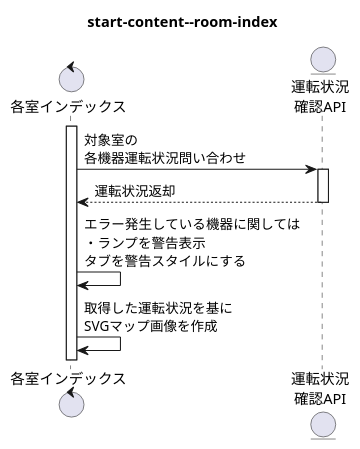
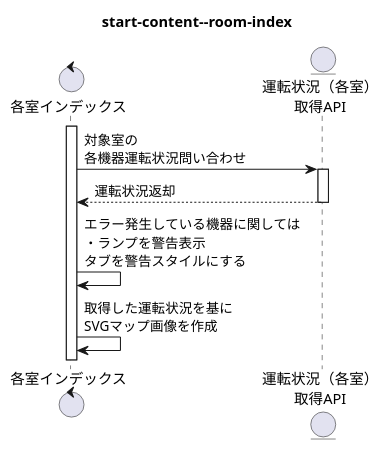
The diagram in docs/logic/sequence/start-content--room-index.pu (dede-20191130/room-apparatus-control-console), drawn with PlantUML before and after one commit. The commit also changed 10 other files, not shown here.

```diff
--- a/docs/logic/sequence/start-content--room-index.pu
+++ b/docs/logic/sequence/start-content--room-index.pu
@@ -1,14 +1,14 @@
 @startuml start-content--room-index
 title start-content--room-index
 control 各室インデックス as ri
-entity "運転状況\n確認API" as cond
+entity "運転状況（各室）\n取得API" as cond
 
 activate ri
 ri -> cond:対象室の\n各機器運転状況問い合わせ
 activate cond
 cond --> ri:運転状況返却
 deactivate cond
 ri -> ri:エラー発生している機器に関しては\n・ランプを警告表示\nタブを警告スタイルにする
 ri -> ri:取得した運転状況を基に\nSVGマップ画像を作成
 
 @enduml
```
